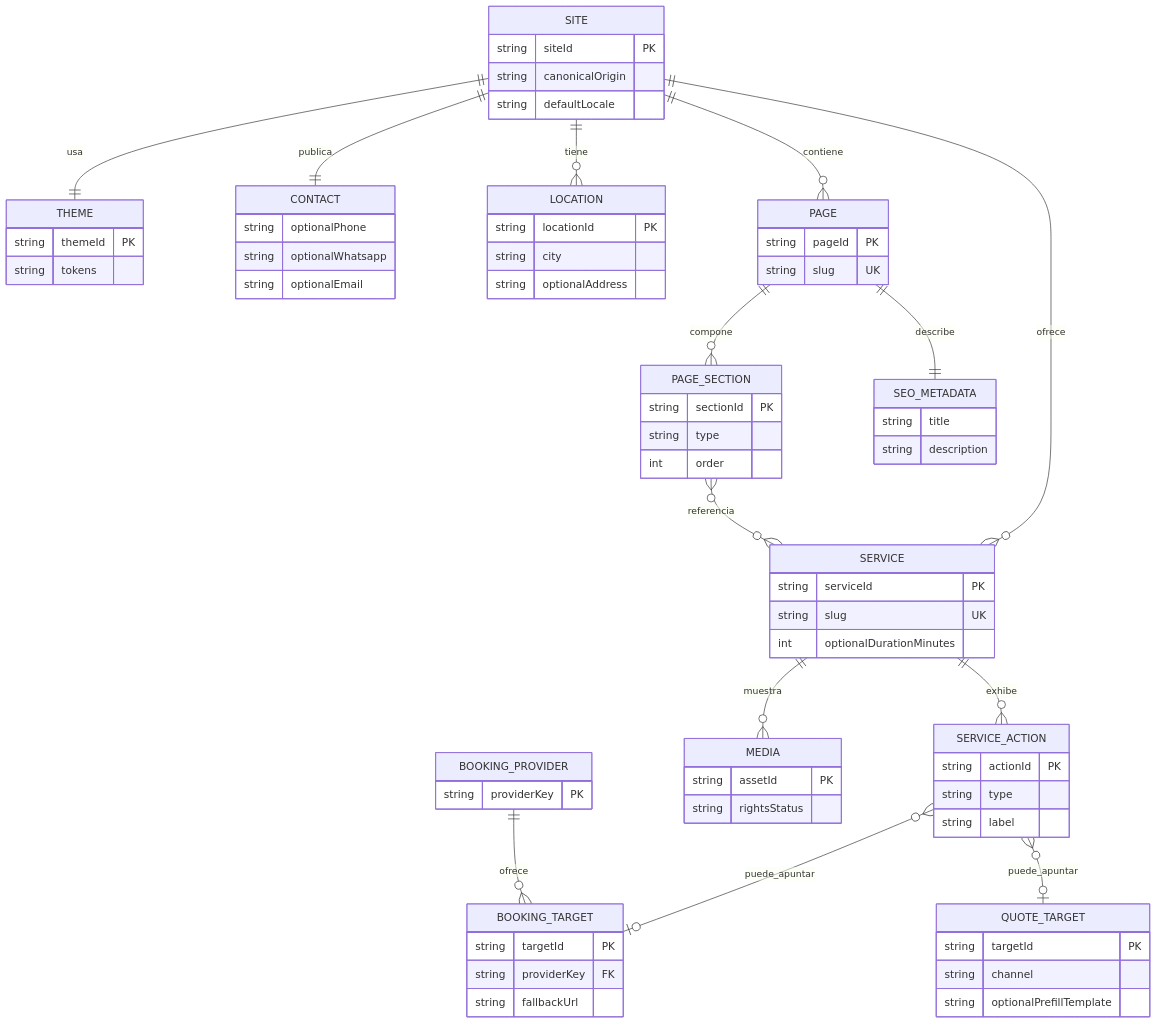
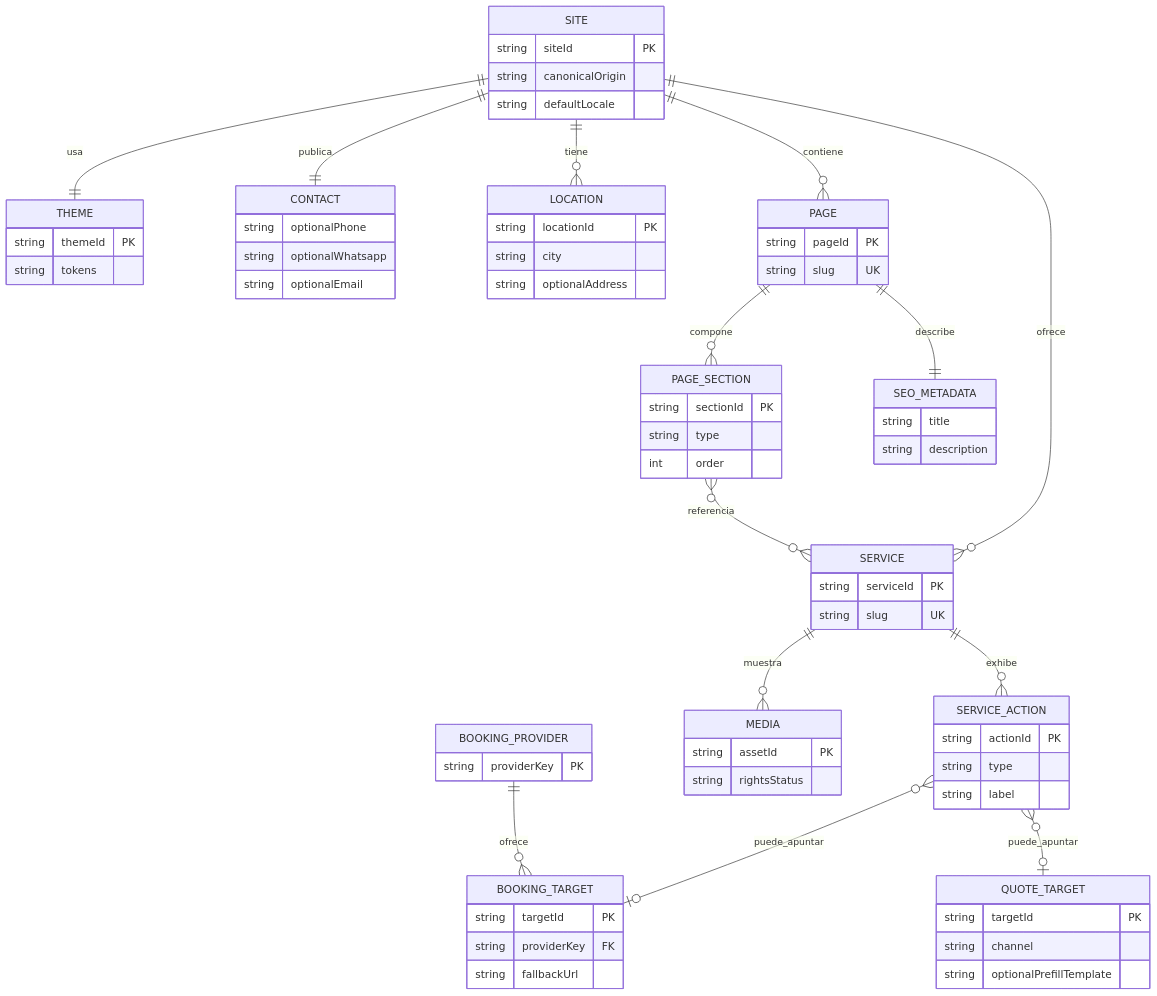
Before and after one commit to Gonzalo-Linares/Littzite: the second of 2 diagrams in docs/03-domain-model.md, drawn with Mermaid. The commit also changed other lines of this file and 13 other files, not shown here.

````diff
--- a/docs/03-domain-model.md
+++ b/docs/03-domain-model.md
@@ -136,75 +135,74 @@
 ```mermaid
 erDiagram
   SITE ||--|| THEME : usa
   SITE ||--|| CONTACT : publica
   SITE ||--o{ LOCATION : tiene
   SITE ||--o{ PAGE : contiene
   SITE ||--o{ SERVICE : ofrece
   PAGE ||--o{ PAGE_SECTION : compone
   PAGE_SECTION }o--o{ SERVICE : referencia
   SERVICE ||--o{ SERVICE_ACTION : exhibe
   SERVICE ||--o{ MEDIA : muestra
   SERVICE_ACTION }o--o| BOOKING_TARGET : puede_apuntar
   SERVICE_ACTION }o--o| QUOTE_TARGET : puede_apuntar
   BOOKING_PROVIDER ||--o{ BOOKING_TARGET : ofrece
   PAGE ||--|| SEO_METADATA : describe
   SITE {
     string siteId PK
     string canonicalOrigin
     string defaultLocale
   }
   THEME {
     string themeId PK
     string tokens
   }
   CONTACT {
     string optionalPhone
     string optionalWhatsapp
     string optionalEmail
   }
   LOCATION {
     string locationId PK
     string city
     string optionalAddress
   }
   PAGE {
     string pageId PK
     string slug UK
   }
   PAGE_SECTION {
     string sectionId PK
     string type
     int order
   }
   SERVICE {
     string serviceId PK
     string slug UK
-    int optionalDurationMinutes
   }
   SERVICE_ACTION {
     string actionId PK
     string type
     string label
   }
   BOOKING_PROVIDER {
     string providerKey PK
   }
   BOOKING_TARGET {
     string targetId PK
     string providerKey FK
     string fallbackUrl
   }
   QUOTE_TARGET {
     string targetId PK
     string channel
     string optionalPrefillTemplate
   }
   MEDIA {
     string assetId PK
     string rightsStatus
   }
   SEO_METADATA {
     string title
     string description
   }
 ```
````
